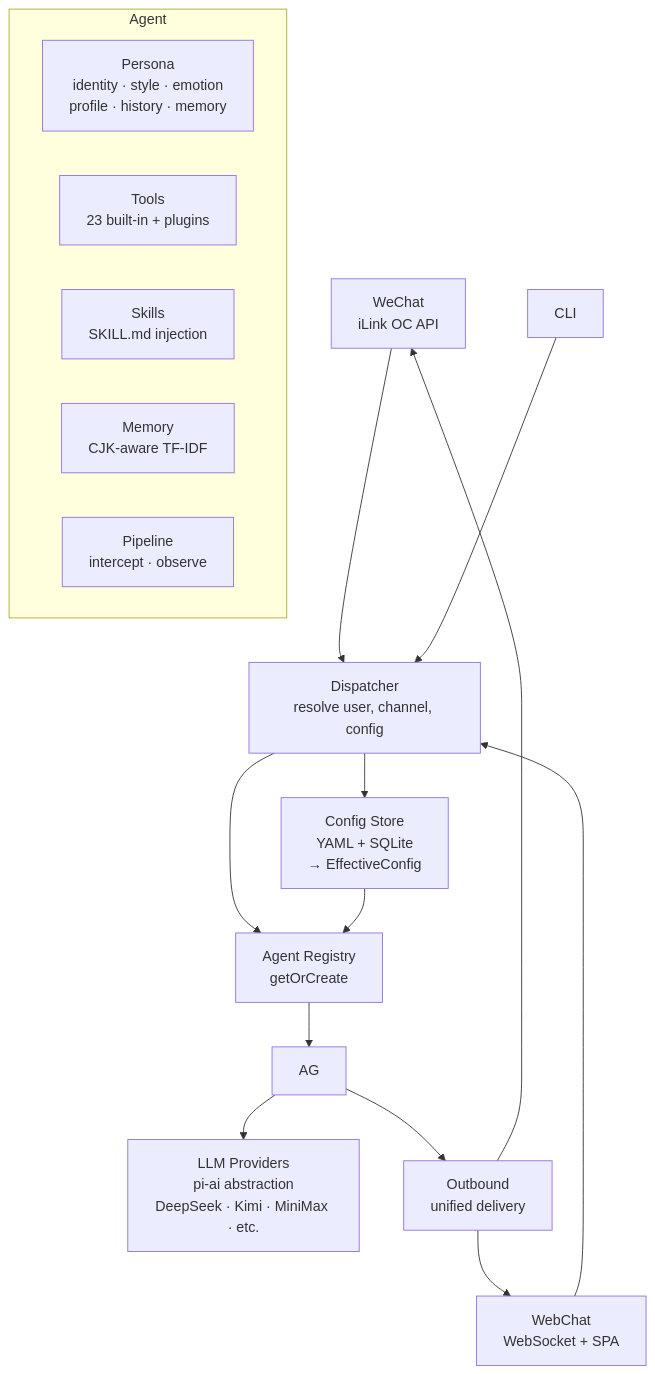
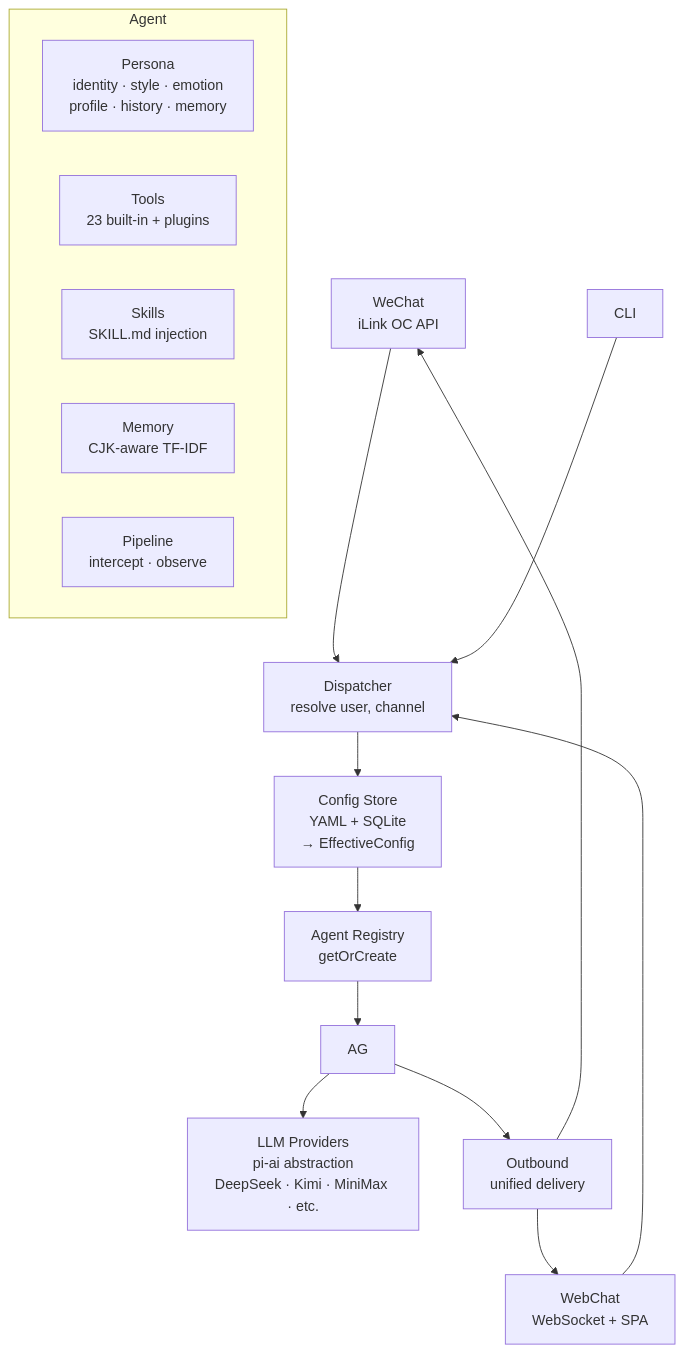
One commit to counhopig/vex-bot changed the diagram in README.md. Above: the diagram before and after it, drawn with Mermaid. The commit also changed other lines of this file and 3 other files, not shown here.

First line of the commit message:
chore(release): bump to 2.0.0, fix README architecture diagram edge

````diff
--- a/README.md
+++ b/README.md
@@ -58,26 +58,25 @@
 ```mermaid
 flowchart TD
     WX[WeChat<br/>iLink OC API] --> DP
     WC[WebChat<br/>WebSocket + SPA] --> DP
     CLI[CLI] --> DP
 
-    DP[Dispatcher<br/>resolve user, channel, config] --> AR
-    DP --> CF
+    DP[Dispatcher<br/>resolve user, channel] --> CF
 
     CF[Config Store<br/>YAML + SQLite<br/>→ EffectiveConfig] --> AR
 
     AR[Agent Registry<br/>getOrCreate] --> AG
 
     subgraph Agent
         PS[Persona<br/>identity · style · emotion<br/>profile · history · memory]
         TL[Tools<br/>23 built-in + plugins]
         SK[Skills<br/>SKILL.md injection]
         MM[Memory<br/>CJK-aware TF-IDF]
         PL[Pipeline<br/>intercept · observe]
     end
 
     AG --> LLM[LLM Providers<br/>pi-ai abstraction<br/>DeepSeek · Kimi · MiniMax · etc.]
     AG --> OB[Outbound<br/>unified delivery]
     OB --> WX
     OB --> WC
 ```
````
